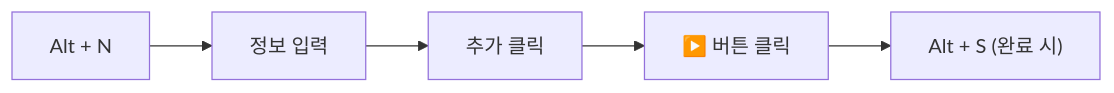
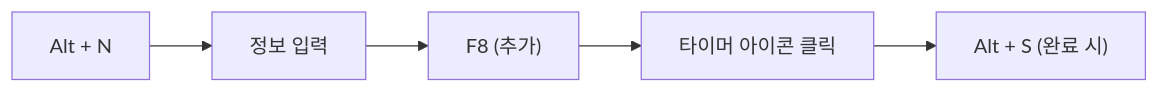
Before and after one commit to serbi2012/time-manager: the second of 2 diagrams in src/docs/shortcuts.md, drawn with Mermaid. The commit also changed other lines of this file and 8 other files, not shown here.

````diff
--- a/src/docs/shortcuts.md
+++ b/src/docs/shortcuts.md
@@ -150,7 +146,7 @@
 ```mermaid
 flowchart LR
     A["Alt + N"] --> B[정보 입력]
-    B --> C[추가 클릭]
-    C --> D["▶️ 버튼 클릭"]
+    B --> C["F8 (추가)"]
+    C --> D["타이머 아이콘 클릭"]
     D --> E["Alt + S (완료 시)"]
 ```
````
